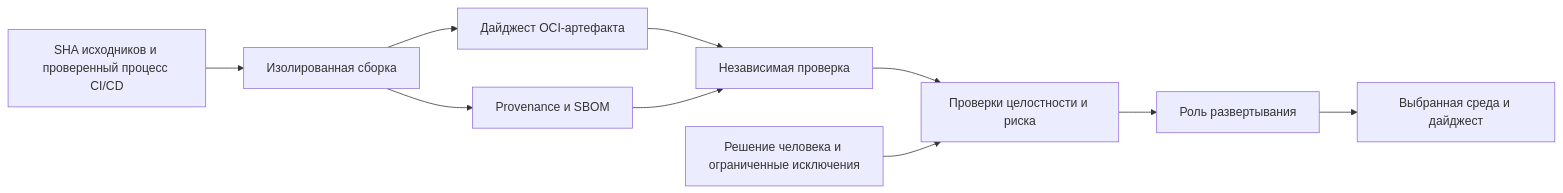
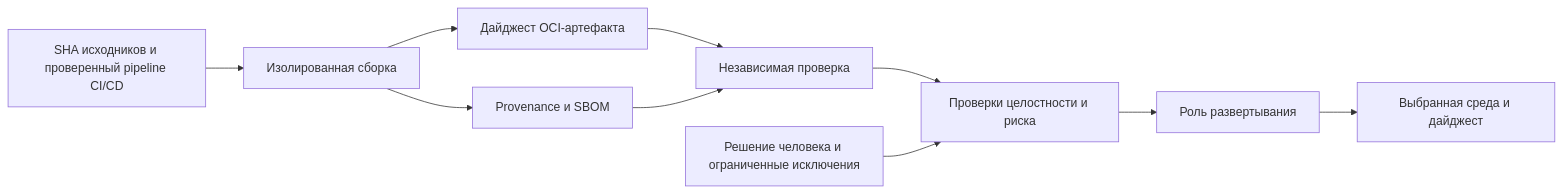
Before and after one commit to defrixx/defrixx.github.io: the diagram in content/hub/reviews/ci-cd-release/overview.ru.md, drawn with Mermaid. The commit also changed other lines of this file and 201 other files, not shown here.

````diff
--- a/content/hub/reviews/ci-cd-release/overview.ru.md
+++ b/content/hub/reviews/ci-cd-release/overview.ru.md
@@ -11,12 +11,12 @@
 ```mermaid
 flowchart LR
- S[SHA исходников и проверенный процесс CI/CD] --> B[Изолированная сборка]
+ S[SHA исходников и проверенный pipeline CI/CD] --> B[Изолированная сборка]
  B --> A[Дайджест OCI-артефакта]
  B --> P[Provenance и SBOM]
  A --> V[Независимая проверка]
  P --> V
  V --> G[Проверки целостности и риска]
  H[Решение человека и ограниченные исключения] --> G
  G --> D[Роль развертывания]
  D --> E[Выбранная среда и дайджест]
 ```
````
